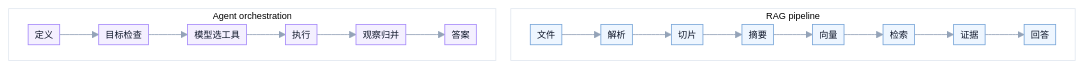
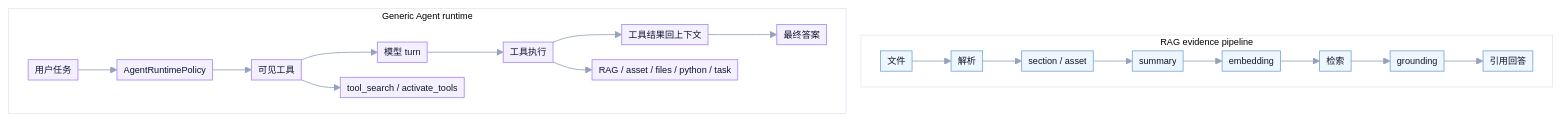
Before and after one commit to xiaoyinglei/Private-RAG-Agent: the diagram in README.md, drawn with Mermaid. The commit also changed other lines of this file, not shown here.

First line of the commit message:
docs: rewrite README for current generic-agent architecture

````diff
--- a/README.md
+++ b/README.md
@@ -62,18 +136,20 @@
 ```mermaid
 %%{init: {"theme": "base", "themeVariables": {"fontSize": "11px", "primaryColor": "#f8fafc", "primaryTextColor": "#0f172a", "primaryBorderColor": "#cbd5e1", "lineColor": "#94a3b8", "clusterBkg": "#ffffff", "clusterBorder": "#e2e8f0"}, "flowchart": {"nodeSpacing": 18, "rankSpacing": 22, "curve": "basis", "padding": 4}} }%%
 flowchart TB
-    subgraph RAG["RAG pipeline"]
+    subgraph RAG["RAG evidence pipeline"]
         direction LR
-        r1["文件"] --> r2["解析"] --> r3["切片"] --> r4["摘要"] --> r5["向量"] --> r6["检索"] --> r7["证据"] --> r8["回答"]
+        r1["文件"] --> r2["解析"] --> r3["section / asset"] --> r4["summary"] --> r5["embedding"] --> r6["检索"] --> r7["grounding"] --> r8["引用回答"]
     end
 
-    subgraph AG["Agent orchestration"]
+    subgraph AG["Generic Agent runtime"]
         direction LR
-        a1["定义"] --> a2["目标检查"] --> a3["模型选工具"] --> a4["执行"] --> a5["观察归并"] --> a6["答案"]
+        a1["用户任务"] --> a2["AgentRuntimePolicy"] --> a3["可见工具"] --> a4["模型 turn"] --> a5["工具执行"] --> a6["工具结果回上下文"] --> a7["最终答案"]
+        a3 --> a8["tool_search / activate_tools"]
+        a5 --> a9["RAG / asset / files / python / task"]
     end
 
     classDef rag fill:#eef6ff,stroke:#7aa7d9,color:#0f172a;
     classDef agent fill:#f4f0ff,stroke:#a78bfa,color:#0f172a;
     class r1,r2,r3,r4,r5,r6,r7,r8 rag;
-    class a1,a2,a3,a4,a5,a6 agent;
+    class a1,a2,a3,a4,a5,a6,a7,a8,a9 agent;
 ```
````
